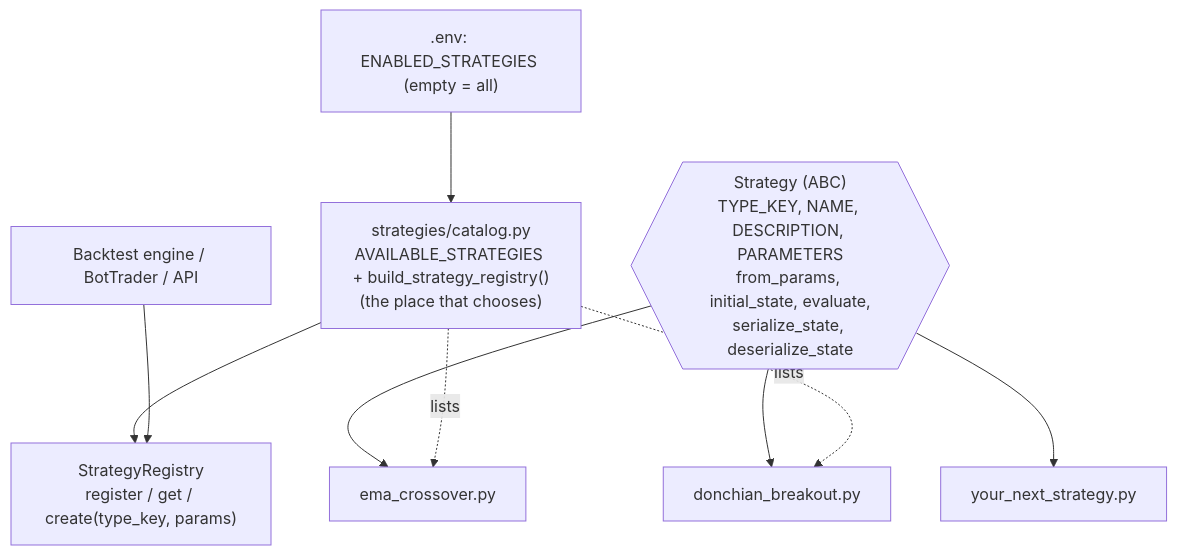
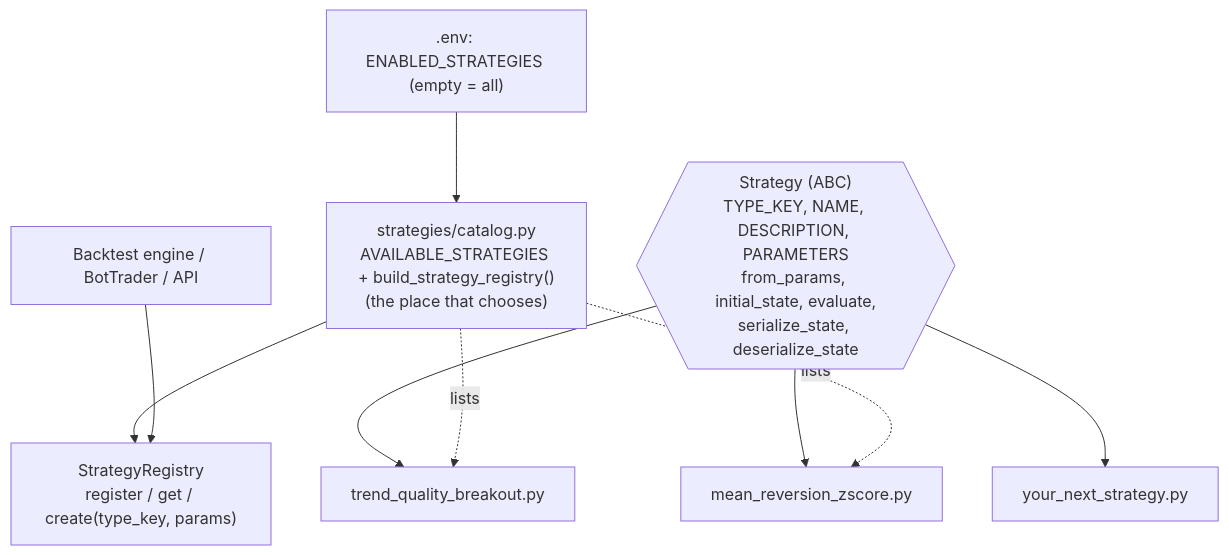
The diagram in api/docs/architecture/11-strategies.md (daniel-francelino/lost-crypto), drawn with Mermaid before and after one commit. The commit also changed other lines of this file and 20 other files, not shown here.

First line of the commit message:
refactor: replace ema_crossover strategy with trend_quality_breakout

````diff
--- a/api/docs/architecture/11-strategies.md
+++ b/api/docs/architecture/11-strategies.md
@@ -7,16 +7,16 @@
 ```mermaid
 flowchart TB
     ENV[".env: ENABLED_STRATEGIES (empty = all)"] --> CAT
     CAT["strategies/catalog.py<br/>AVAILABLE_STRATEGIES + build_strategy_registry()<br/>(the place that chooses)"] --> REG
     REG["StrategyRegistry<br/>register / get / create(type_key, params)"]
     CONTRACT{{"Strategy (ABC)<br/>TYPE_KEY, NAME, DESCRIPTION, PARAMETERS<br/>from_params, initial_state, evaluate,<br/>serialize_state, deserialize_state"}}
-    EMA["ema_crossover.py"]
-    DON["donchian_breakout.py"]
+    EMA["trend_quality_breakout.py"]
+    DON["mean_reversion_zscore.py"]
     NEXT["your_next_strategy.py"]
     CONTRACT --> EMA
     CONTRACT --> DON
     CONTRACT --> NEXT
     CAT -. lists .-> EMA
     CAT -. lists .-> DON
     ENGINE["Backtest engine / BotTrader / API"] --> REG
 ```
````
